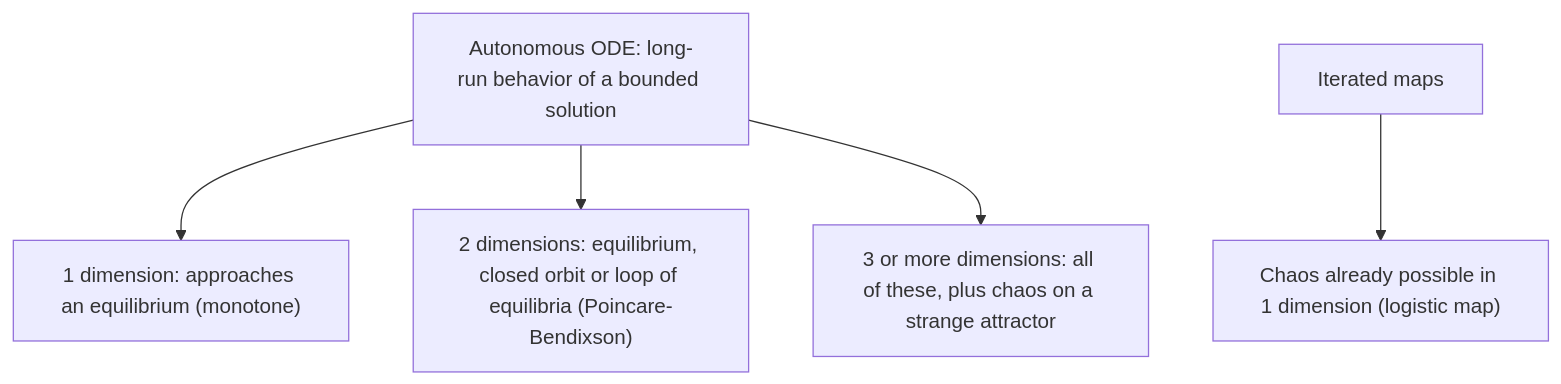
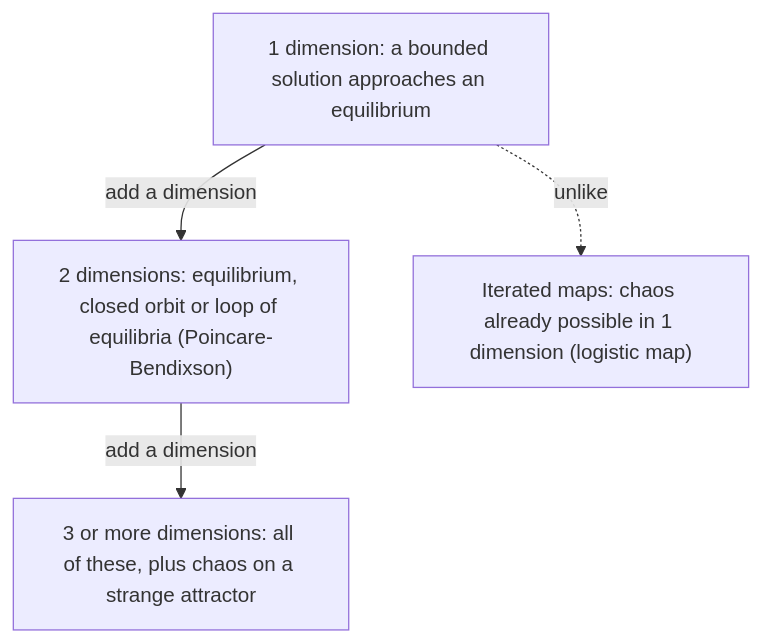
One commit to Aziliz/erudior changed the diagram in content/math/diffeq/lessons/93-lorenz-chaos.md. Above: the diagram before and after it, drawn with Mermaid. The commit also changed 108 other files, not shown here.

````diff
--- a/content/math/diffeq/lessons/93-lorenz-chaos.md
+++ b/content/math/diffeq/lessons/93-lorenz-chaos.md
@@ -168,9 +168,8 @@
 ```mermaid
 flowchart TD
   accTitle: What long-run behavior an autonomous system can have, by dimension
   accDescr: In one dimension, solutions of an autonomous equation are monotone, so a bounded solution approaches an equilibrium. In two dimensions, the Poincare-Bendixson theorem allows equilibria, closed orbits such as limit cycles, and loops of equilibria joined by trajectories, but no chaos. In three or more dimensions all of these are possible, and so is chaos on a strange attractor, as in the Lorenz equations. Iterated maps can be chaotic even in one dimension, as the logistic map shows.
-  A["Autonomous ODE: long-run behavior of a bounded solution"] --> B["1 dimension: approaches an equilibrium (monotone)"]
-  A --> C["2 dimensions: equilibrium, closed orbit or loop of equilibria (Poincare-Bendixson)"]
-  A --> D["3 or more dimensions: all of these, plus chaos on a strange attractor"]
-  E["Iterated maps"] --> F["Chaos already possible in 1 dimension (logistic map)"]
+  A["1 dimension: a bounded solution approaches an equilibrium"] -- "add a dimension" --> B["2 dimensions: equilibrium, closed orbit or loop of equilibria (Poincare-Bendixson)"]
+  B -- "add a dimension" --> C["3 or more dimensions: all of these, plus chaos on a strange attractor"]
+  A -. "unlike" .-> E["Iterated maps: chaos already possible in 1 dimension (logistic map)"]
 ```
````
